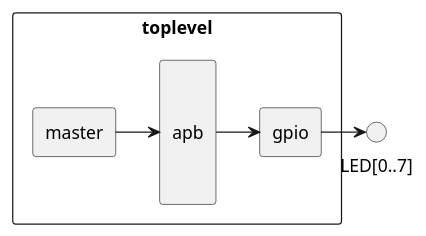
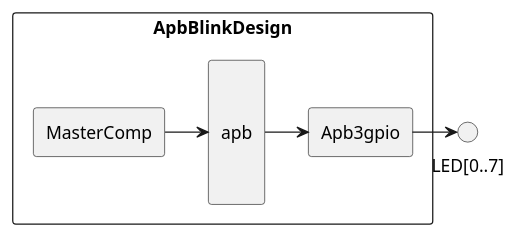
The second of 2 diagrams in README.md (tuppi-ovh/example-sparkfun-alchitry-cu), drawn with PlantUML before and after one commit. The commit also changed other lines of this file and 7 other files, not shown here.

Commit message:
debug ApbBlinkDesign up to simulation wave

````diff
--- a/README.md
+++ b/README.md
@@ -34,15 +34,15 @@
 ```plantuml
 @startuml
-rectangle toplevel {
-  rectangle master
+rectangle ApbBlinkDesign {
+  rectangle MasterComp
   rectangle "\n\napb\n\n" as bus
-  rectangle gpio
+  rectangle Apb3gpio as gpio
 }
 circle "LED[0..7]" as leds
 gpio -> leds
-master -> bus 
+MasterComp -> bus 
 bus -> gpio
 
 
 @enduml
 ```
````
